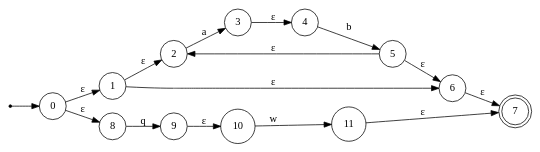
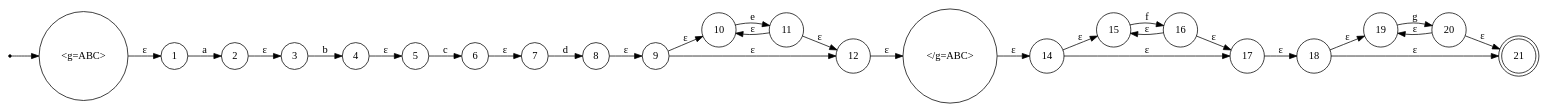
The diagram in lab2/nfa.dot (konstantin2506/automata_theory), drawn with Graphviz before and after one commit. The commit also changed 9 other files, not shown here.

```diff
--- a/lab2/nfa.dot
+++ b/lab2/nfa.dot
@@ -1,32 +1,55 @@
 digraph NFA {
     rankdir=LR;
     node [shape=circle];
     start [shape=point];
-    0 [label="0"];
+    0 [label="<g=ABC>"];
     1 [label="1"];
     2 [label="2"];
     3 [label="3"];
     4 [label="4"];
     5 [label="5"];
     6 [label="6"];
-    7 [label="7", shape=doublecircle];
-    6 -> 7 [label="ε"];
-    5 -> 6 [label="ε"];
-    5 -> 2 [label="ε"];
-    4 -> 5 [label="b"];
-    3 -> 4 [label="ε"];
-    2 -> 3 [label="a"];
-    1 -> 2 [label="ε"];
-    1 -> 6 [label="ε"];
-    0 -> 1 [label="ε"];
+    7 [label="7"];
     8 [label="8"];
     9 [label="9"];
     10 [label="10"];
     11 [label="11"];
-    11 -> 7 [label="ε"];
-    10 -> 11 [label="w"];
+    12 [label="12"];
+    13 [label="</g=ABC>"];
+    14 [label="14"];
+    15 [label="15"];
+    16 [label="16"];
+    17 [label="17"];
+    18 [label="18"];
+    19 [label="19"];
+    20 [label="20"];
+    21 [label="21", shape=doublecircle];
+    20 -> 21 [label="ε"];
+    20 -> 19 [label="ε"];
+    19 -> 20 [label="g"];
+    18 -> 19 [label="ε"];
+    18 -> 21 [label="ε"];
+    17 -> 18 [label="ε"];
+    16 -> 17 [label="ε"];
+    16 -> 15 [label="ε"];
+    15 -> 16 [label="f"];
+    14 -> 15 [label="ε"];
+    14 -> 17 [label="ε"];
+    13 -> 14 [label="ε"];
+    12 -> 13 [label="ε"];
+    11 -> 12 [label="ε"];
+    11 -> 10 [label="ε"];
+    10 -> 11 [label="e"];
     9 -> 10 [label="ε"];
-    8 -> 9 [label="q"];
-    0 -> 8 [label="ε"];
+    9 -> 12 [label="ε"];
+    8 -> 9 [label="ε"];
+    7 -> 8 [label="d"];
+    6 -> 7 [label="ε"];
+    5 -> 6 [label="c"];
+    4 -> 5 [label="ε"];
+    3 -> 4 [label="b"];
+    2 -> 3 [label="ε"];
+    1 -> 2 [label="a"];
+    0 -> 1 [label="ε"];
     start -> 0;
 }
```
